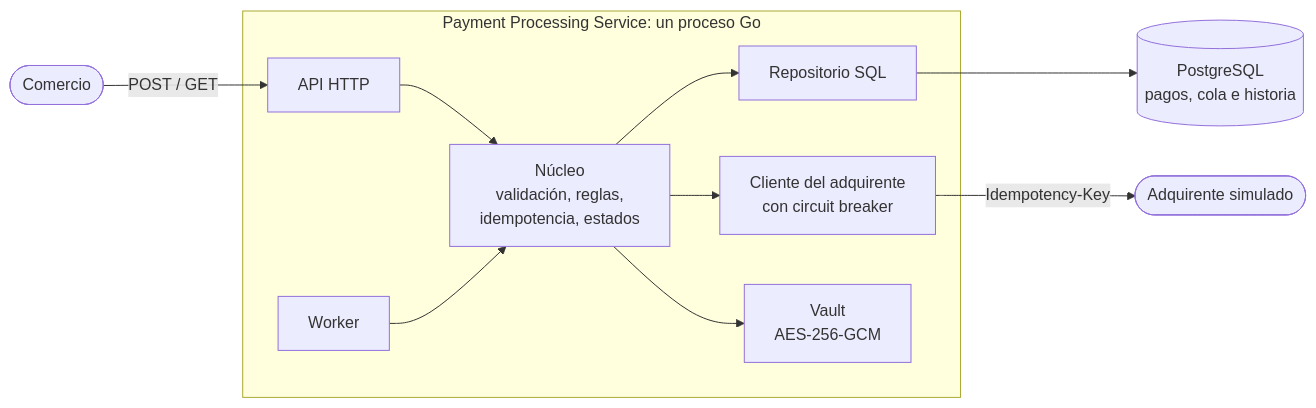
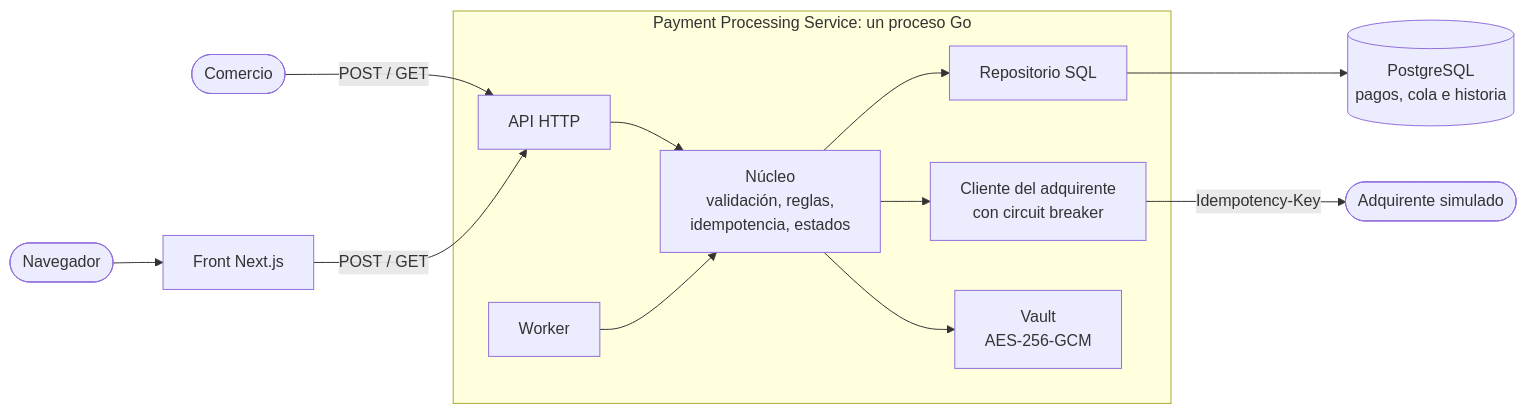
One commit to OscarNunezU/payment-processing-service changed the first of 4 diagrams in README.md. Above: the diagram before and after it, drawn with Mermaid. The commit also changed other lines of this file and 5 other files, not shown here.

````diff
--- a/README.md
+++ b/README.md
@@ -65,23 +90,27 @@
 ```mermaid
 flowchart LR
     merchant(["Comercio"])
+    browser(["Navegador"])
+    web["Front Next.js"]
     subgraph service["Payment Processing Service: un proceso Go"]
         api["API HTTP"]
         worker["Worker"]
         core["Núcleo<br/>validación, reglas,<br/>idempotencia, estados"]
         repo["Repositorio SQL"]
         client["Cliente del adquirente<br/>con circuit breaker"]
         vault["Vault<br/>AES-256-GCM"]
     end
     db[("PostgreSQL<br/>pagos, cola e historia")]
     acquirer(["Adquirente simulado"])
 
     merchant -- "POST / GET" --> api
+    browser --> web
+    web -- "POST / GET" --> api
     api --> core
     worker --> core
     core --> repo
     core --> client
     core --> vault
     repo --> db
     client -- "Idempotency-Key" --> acquirer
 ```
````
